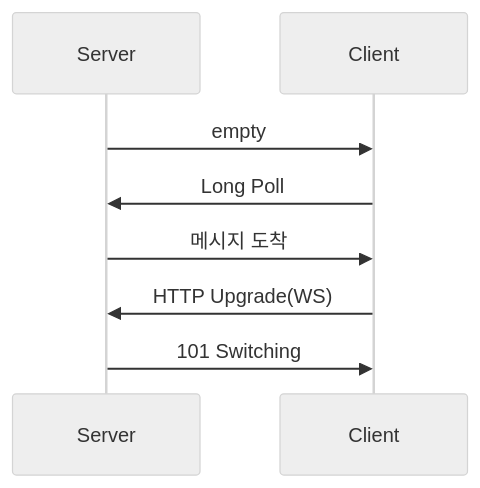
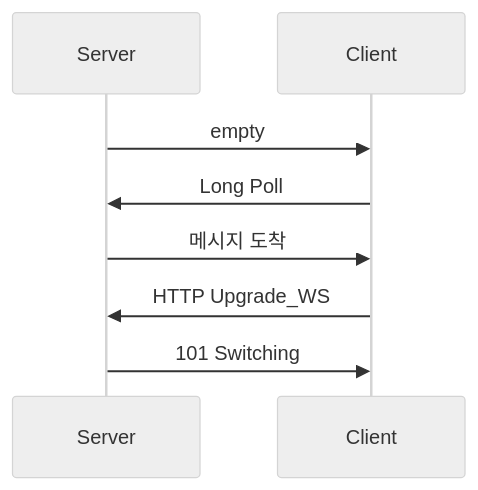
One commit to yjkim2015/yjkim2015.github.io changed the first of 9 diagrams in _posts/systemdesign/2026-05-02-system-design-chat.md. Above: the diagram before and after it, drawn with Mermaid (neutral theme). The commit also changed other lines of this file and 85 other files, not shown here.

First line of the commit message:
sequenceDiagram 문법 에러 2차 수정 169개 (86파일)

````diff
--- a/_posts/systemdesign/2026-05-02-system-design-chat.md
+++ b/_posts/systemdesign/2026-05-02-system-design-chat.md
@@ -146,8 +146,8 @@
 ```mermaid
 sequenceDiagram
     Server->>Client: empty
     Client->>Server: Long Poll
     Server->>Client: 메시지 도착
-    Client->>Server: HTTP Upgrade(WS)
+    Client->>Server: HTTP Upgrade_WS
     Server->>Client: 101 Switching
 ```
````
